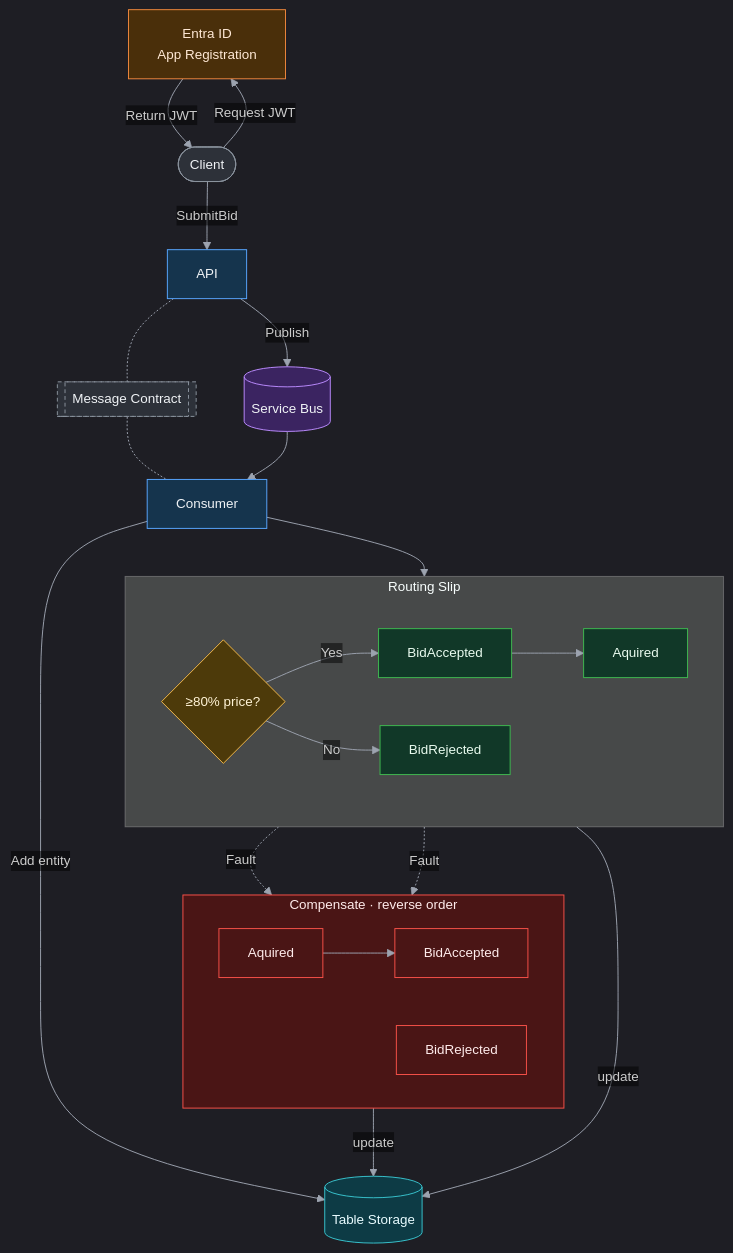
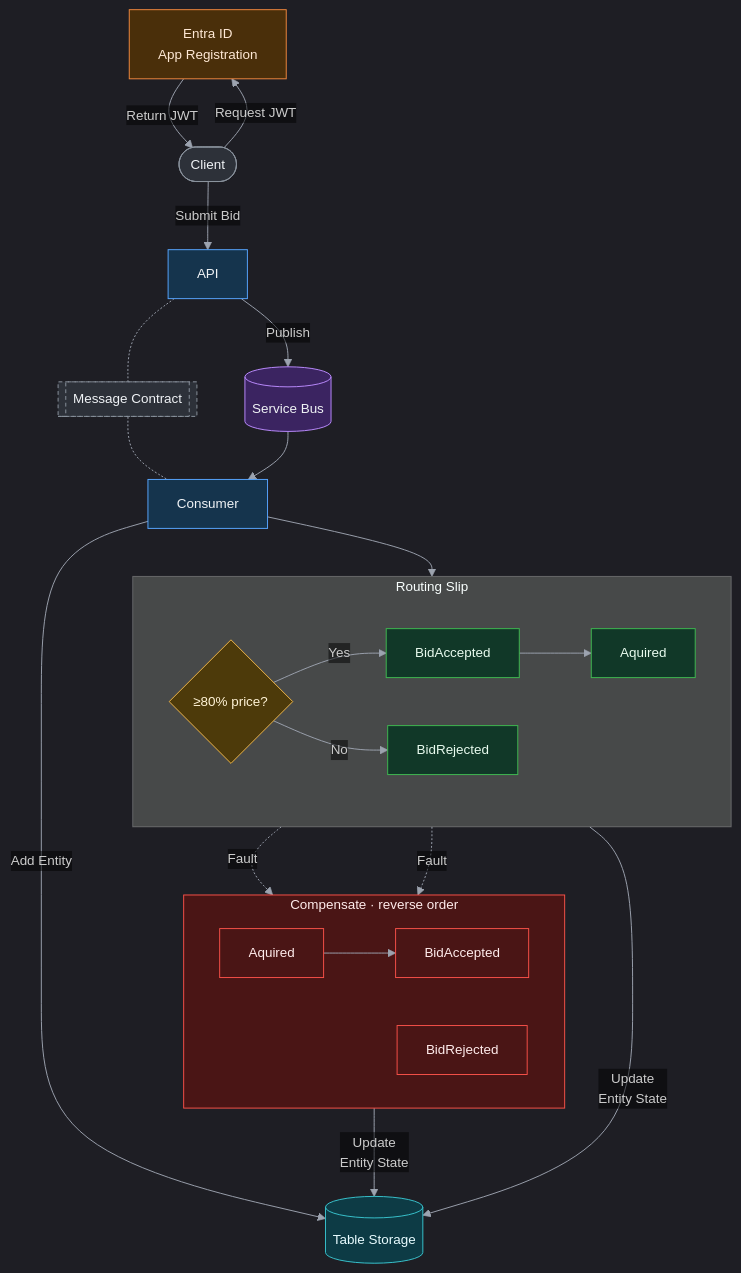
One commit to AbuSuudy/ArtAuction changed the first of 3 diagrams in README.md. Above: the diagram before and after it, drawn with Mermaid.

Commit message:
update mermaid diagram

````diff
--- a/README.md
+++ b/README.md
@@ -5,68 +5,68 @@
 ```mermaid
 %%{init: {
   "theme": "dark",
   "themeVariables": {
     "darkMode": true,
     "background": "transparent",
     "primaryColor": "#1f2937",
     "primaryTextColor": "#e5e7eb",
     "primaryBorderColor": "#4b5563",
     "lineColor": "#9ca3af",
     "secondaryColor": "#111827",
     "tertiaryColor": "#111827",
     "edgeLabelBackground": "transparent",
     "fontSize": "14px"
   }
 }}%%
 flowchart TB
     IdP[Entra ID<br/>App Registration]
     Client([Client]) -->|Request JWT| IdP
     IdP -->|Return JWT| Client
-    Client -->|SubmitBid| API[API]
+    Client -->|Submit Bid| API[API]
     API -->|Publish| SB[(Service Bus)]
 
     Contract[["Message Contract"]]
     API -.- Contract
     Contract -.- Consumer[Consumer]
 
     SB --> Consumer
-    Consumer -->|Add entity| Table[(Table Storage)]
+    Consumer -->|Add Entity| Table[(Table Storage)]
     Consumer --> RS{"≥80% price?"}
 
     subgraph Activities["Routing Slip"]
         direction LR
         RS -->|Yes| BA[BidAccepted] --> AQ[Aquired]
         RS -->|No| BR[BidRejected]
     end
 
     subgraph Comp["Compensate · reverse order"]
         direction LR
         CAQ[Aquired] --> CBA[BidAccepted]
         CBR[BidRejected]
     end
 
     AQ -. Fault .-> Comp
     BR -. Fault .-> Comp
-    Activities -->|update| Table
-    Comp -->|update| Table
+    Activities -->|"Update<br/>Entity State"| Table
+    Comp -->|"Update<br/>Entity State"| Table
 
     classDef entry fill:#2d3139,stroke:#8b949e,color:#f0f3f6
     classDef svc fill:#15344d,stroke:#58a6ff,color:#f0f3f6
     classDef broker fill:#3b2461,stroke:#bc8cff,color:#f0f3f6
     classDef decision fill:#4d3a0a,stroke:#f2b84b,color:#fff3d6
     classDef act fill:#113828,stroke:#3fb950,color:#e9fbef
     classDef store fill:#0d3b45,stroke:#39c5cf,color:#e9fcff
     classDef comp fill:#4a1515,stroke:#f85149,color:#ffecec
     classDef shared fill:#2d3139,stroke:#8b949e,stroke-dasharray:4 3,color:#f0f3f6
     classDef idp fill:#4a2f0a,stroke:#f0883e,color:#ffe9d6
 
     class Client entry
     class API,Consumer svc
     class SB broker
     class RS decision
     class BA,AQ,BR act
     class Table store
     class Comp,CAQ,CBA,CBR comp
     class Contract shared
     class IdP idp
 ```
````
